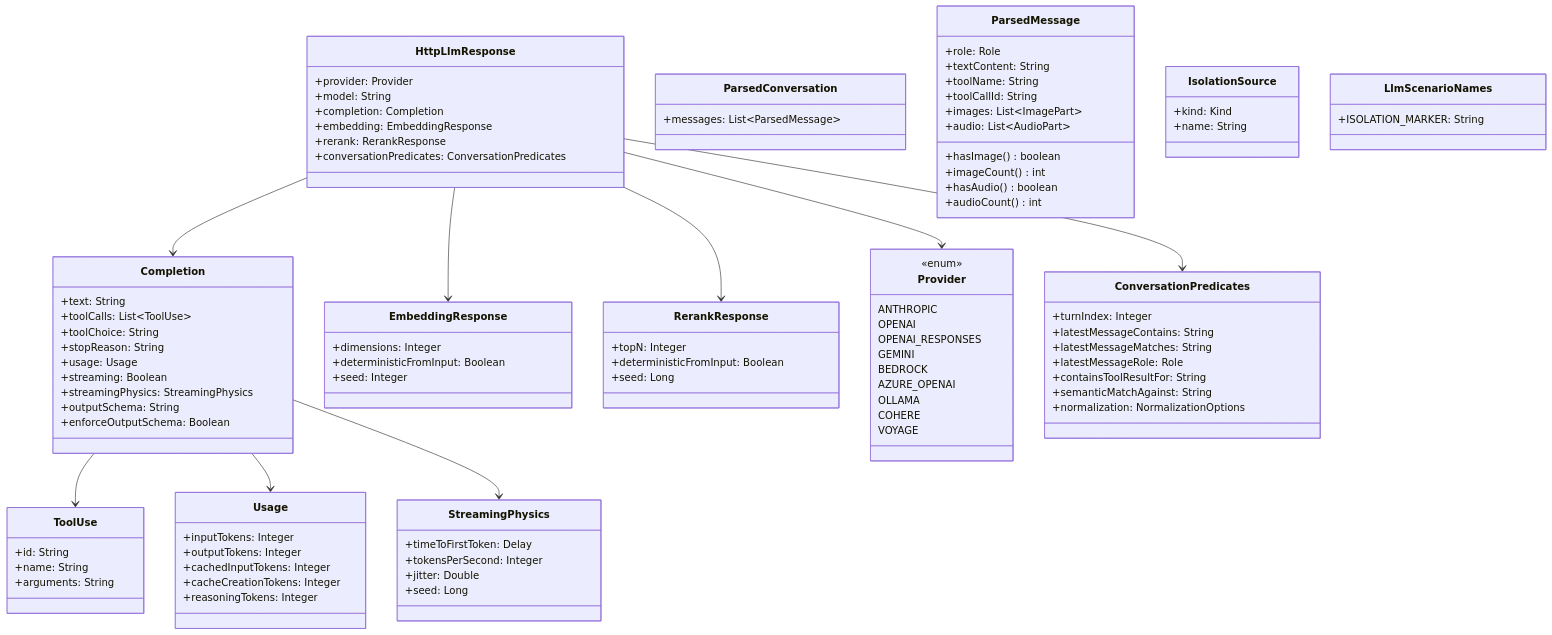
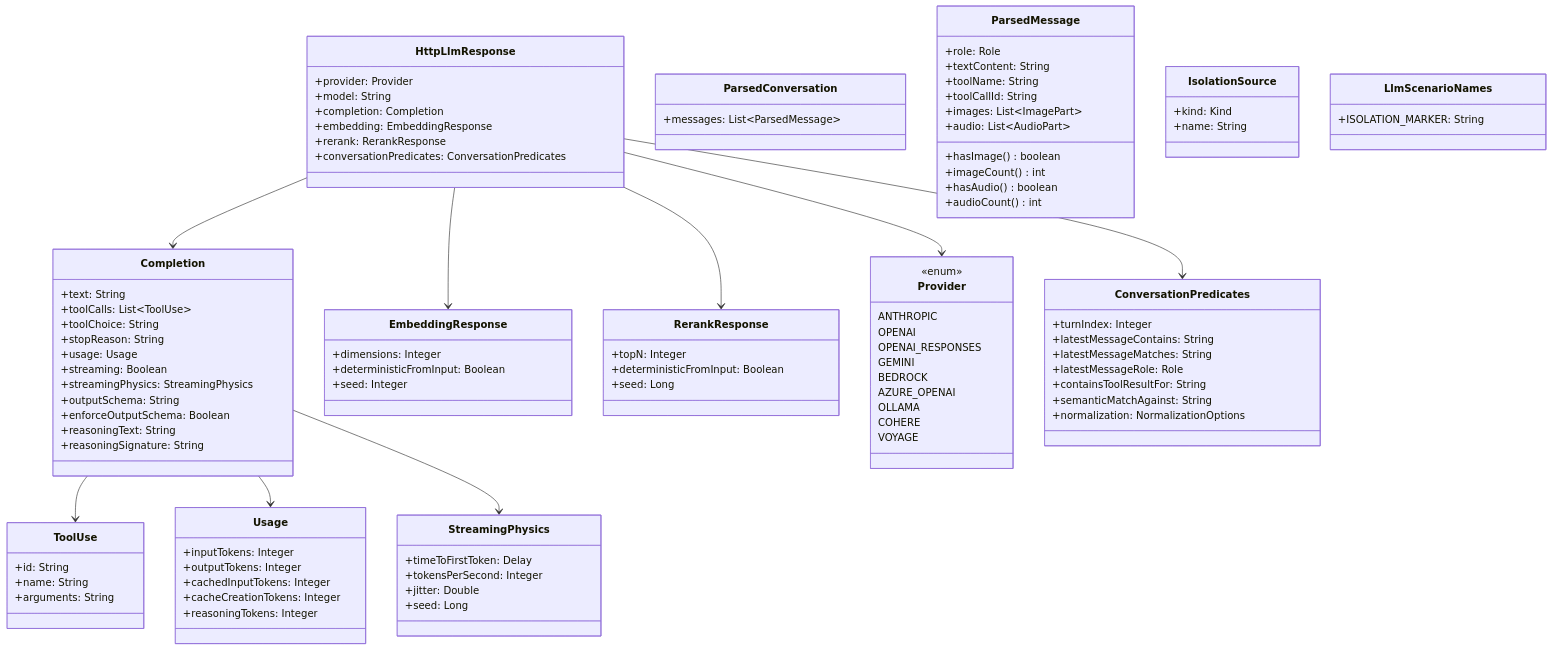
The third of 5 diagrams in docs/code/llm-mocking.md (sean8601/mockserver-monorepo), drawn with Mermaid before and after one commit. The commit also changed other lines of this file and 13 other files, not shown here.

```diff
--- a/docs/code/llm-mocking.md
+++ b/docs/code/llm-mocking.md
@@ -318,6 +345,8 @@
         +streamingPhysics: StreamingPhysics
         +outputSchema: String
         +enforceOutputSchema: Boolean
+        +reasoningText: String
+        +reasoningSignature: String
     }
     class ToolUse {
         +id: String
```
